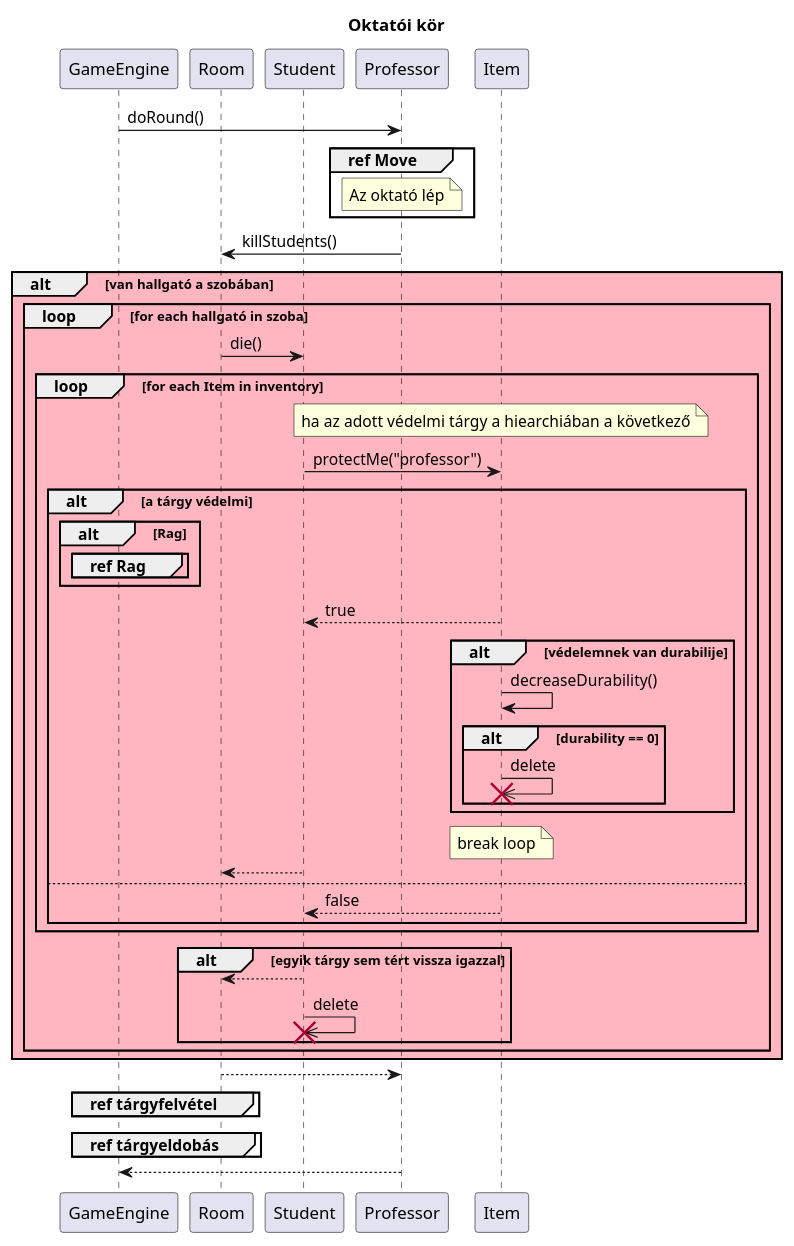
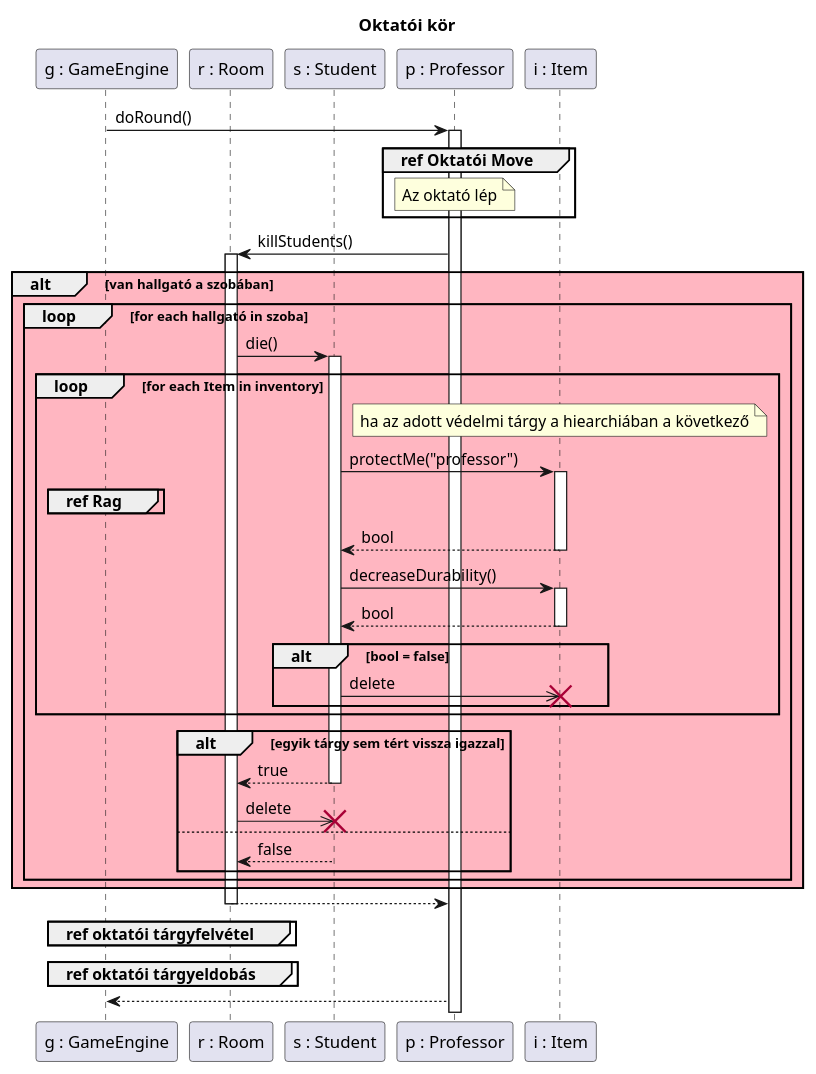
One commit to kipolaris/skyrimscriptsuttogok changed the diagram in diagramms/src/round_professor.puml. Above: the diagram before and after it, drawn with PlantUML. The commit also changed 27 other files, not shown here.

Commit message:
finished fixing sequence diagrams based on labvez opinion

```diff
--- a/diagramms/src/round_professor.puml
+++ b/diagramms/src/round_professor.puml
@@ -1,68 +1,60 @@
 @startuml Round_okt
 
 title Oktatói kör
 
-participant GameEngine as g
+participant "g : GameEngine" as g
 
-participant Room as sz
+participant "r : Room" as sz
 
-participant Student as h
-participant Professor as okt
-participant Item as t
+participant "s : Student" as h
+participant "p : Professor" as okt
+participant "i : Item" as t
 
-g->okt : doRound()
+g->okt ++: doRound()
 
-group ref Move
+group ref Oktatói Move
 note over okt : Az oktató lép
 end
 
-okt->sz : killStudents()
+okt->sz ++: killStudents()
 alt #LightPink van hallgató a szobában
     loop for each hallgató in szoba
 
-        sz -> h : die()
+        sz -> h ++: die()
 
         loop for each Item in inventory
             note over t : ha az adott védelmi tárgy a hiearchiában a következő
-            h->t : protectMe("professor")
+            h->t ++: protectMe("professor")
 
-            alt a tárgy védelmi
+            group ref Rag
+            end
 
-                alt Rag
-                    group ref Rag
-                    end
-                end
+            t-->h --: bool
 
-                t-->h : true
+            h->t ++: decreaseDurability()
+            return bool
 
-                alt védelemnek van durabilije
-                t->t : decreaseDurability()
-                    alt durability == 0
-                        t->>t !!: delete
-                    end
-                end
-                note over t : break loop
-
-                h-->sz
-            else
-                t-->h : false
-            end           
+            alt bool = false
+                h->>t !!: delete
+            end         
         end
 
         alt egyik tárgy sem tért vissza igazzal
-            h-->sz
-            h ->> h !!: delete 
+            h-->sz --: true
+            sz ->> h !!: delete 
+        else
+            h-->sz --: false
         end
     end
 end
 
-sz --> okt
+sz --> okt --:
 
-group ref tárgyfelvétel
+group ref oktatói tárgyfelvétel
 end
 
-group ref tárgyeldobás
+group ref oktatói tárgyeldobás
 end
 
 okt --> g
 @enduml
```
